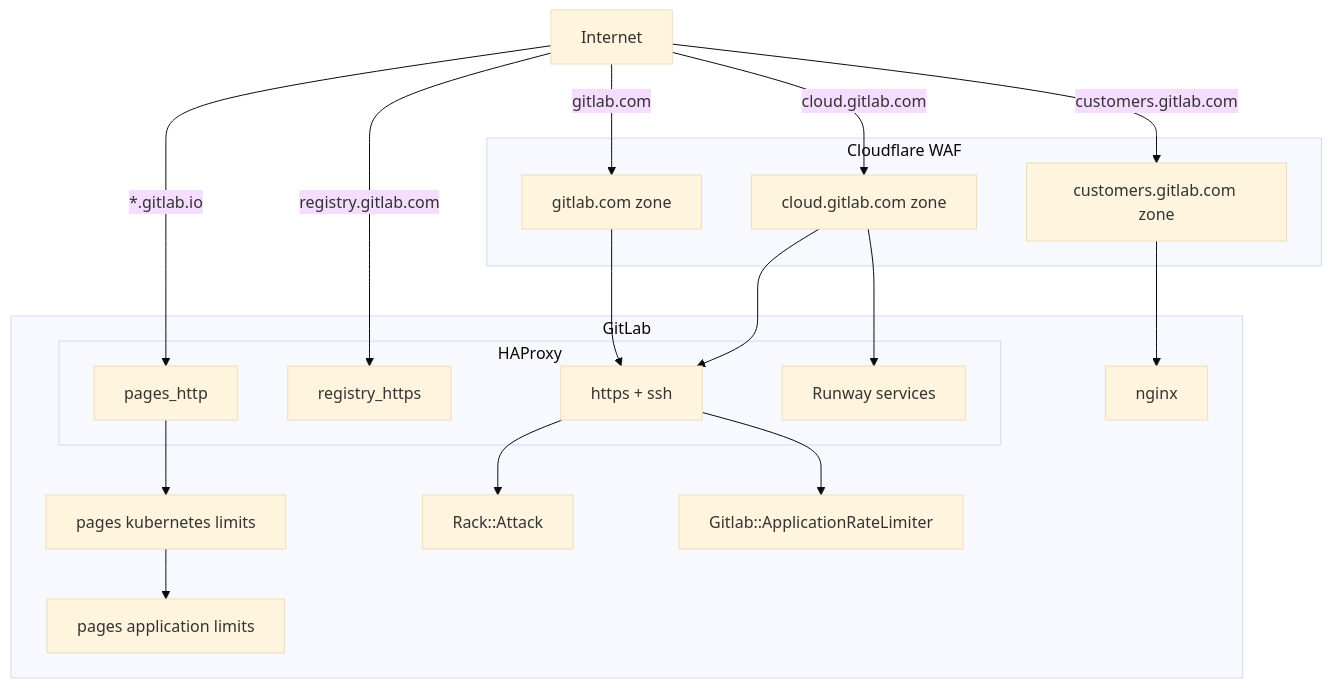
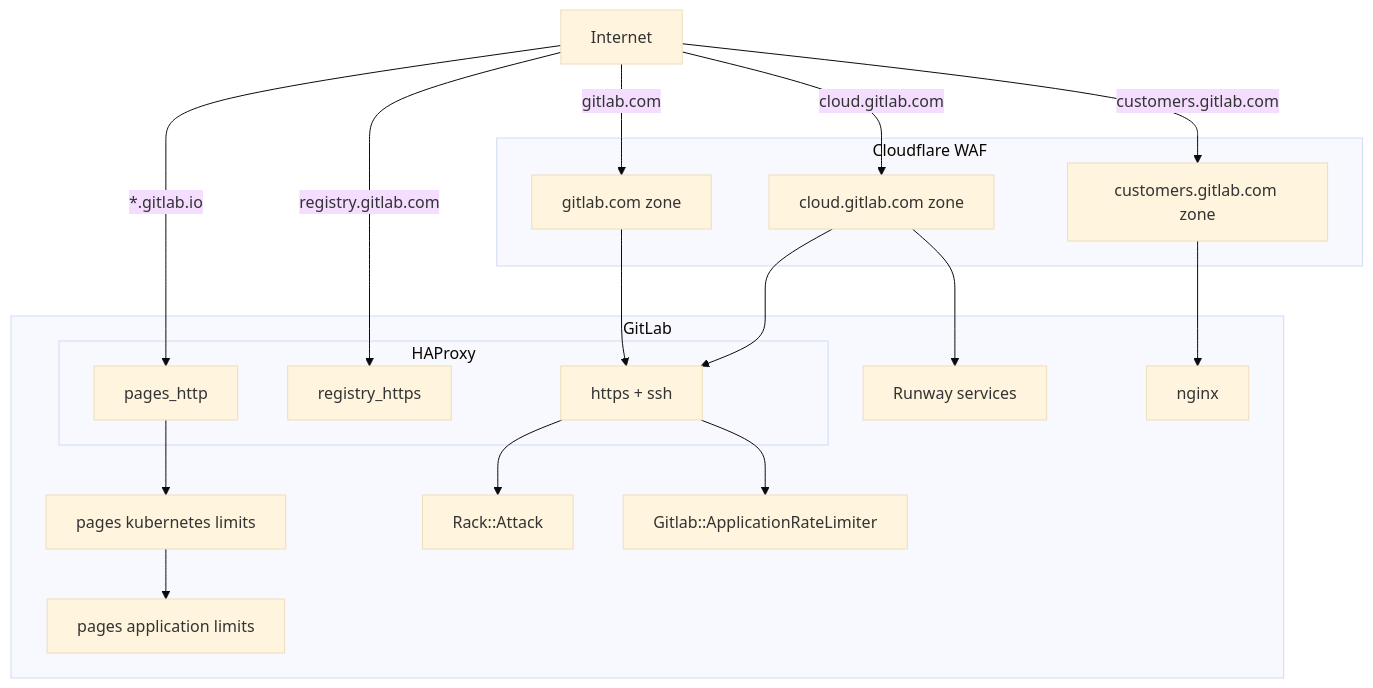
The diagram in content/handbook/engineering/infrastructure/rate-limiting/_index.md (moliver28/research-handbook), drawn with Mermaid (base theme) before and after one commit.

Commit message:
Fix Runway box position

````diff
--- a/content/handbook/engineering/infrastructure/rate-limiting/_index.md
+++ b/content/handbook/engineering/infrastructure/rate-limiting/_index.md
@@ -20,34 +20,34 @@
 ```mermaid
 flowchart TD
     A[Internet]
     A -->|gitlab.com| D(Cloudflare WAF)
     A -->|cloud.gitlab.com| E
     A -->|customers.gitlab.com| F
     subgraph ide3 [Cloudflare WAF]
         D[gitlab.com zone]
         E[cloud.gitlab.com zone]
         F[customers.gitlab.com zone]
     end
     A -->|*.gitlab.io| C
     A -->|registry.gitlab.com| N
     D --> G
     E --> G
     E --> L
     F --> H
     subgraph ide2 [GitLab]
         subgraph ide1 [HAProxy]
             C[pages_http]
             N[registry_https]
             G[https + ssh]
-            L[Runway services]
         end
         C --> K
         H[nginx]
         K[pages kubernetes limits]
         K-->M[pages application limits]
+        L[Runway services]
         I[Rack::Attack]
         J[Gitlab::ApplicationRateLimiter]
     end
     G --> I
     G --> J
 ```
````
